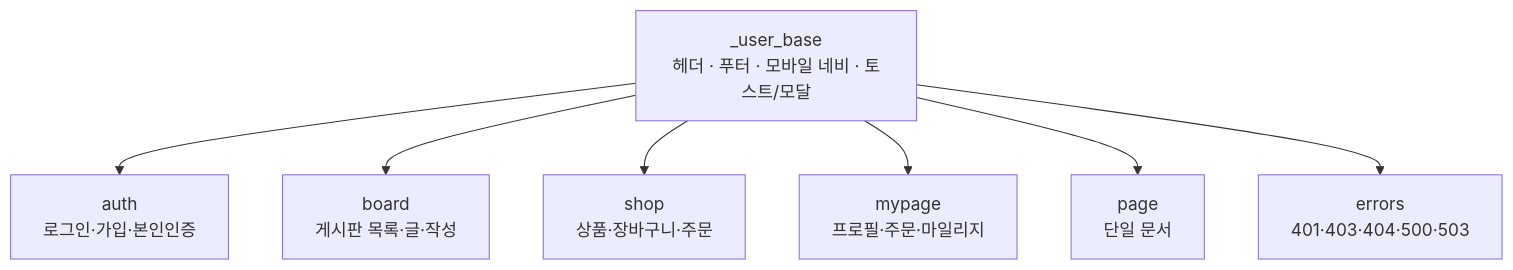
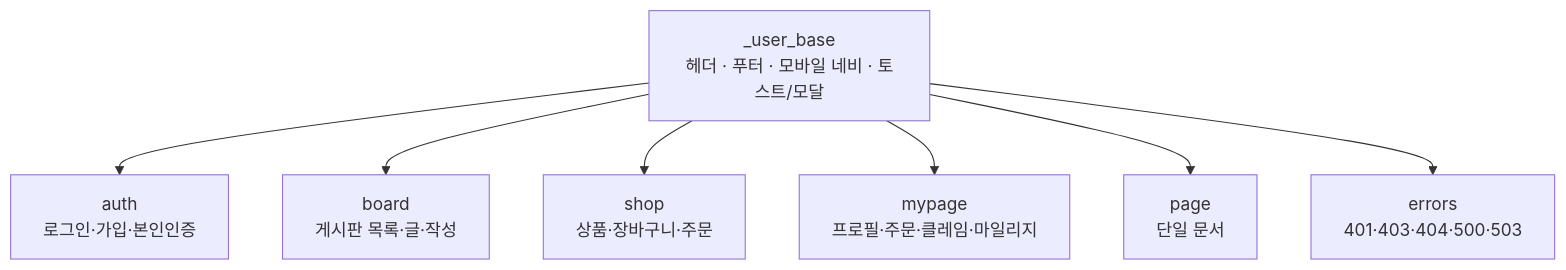
Before and after one commit to gnuboard/g7: the first of 2 diagrams in templates/_bundled/sirsoft-basic/README.md, drawn with Mermaid. The commit also changed other lines of this file and 8 other files, not shown here.

````diff
--- a/templates/_bundled/sirsoft-basic/README.md
+++ b/templates/_bundled/sirsoft-basic/README.md
@@ -61,9 +61,9 @@
 ```mermaid
 flowchart TD
   B[_user_base<br/>헤더 · 푸터 · 모바일 네비 · 토스트/모달] --> A[auth<br/>로그인·가입·본인인증]
   B --> BD[board<br/>게시판 목록·글·작성]
   B --> S[shop<br/>상품·장바구니·주문]
-  B --> M[mypage<br/>프로필·주문·마일리지]
+  B --> M[mypage<br/>프로필·주문·클레임·마일리지]
   B --> P[page<br/>단일 문서]
   B --> E[errors<br/>401·403·404·500·503]
 ```
````
